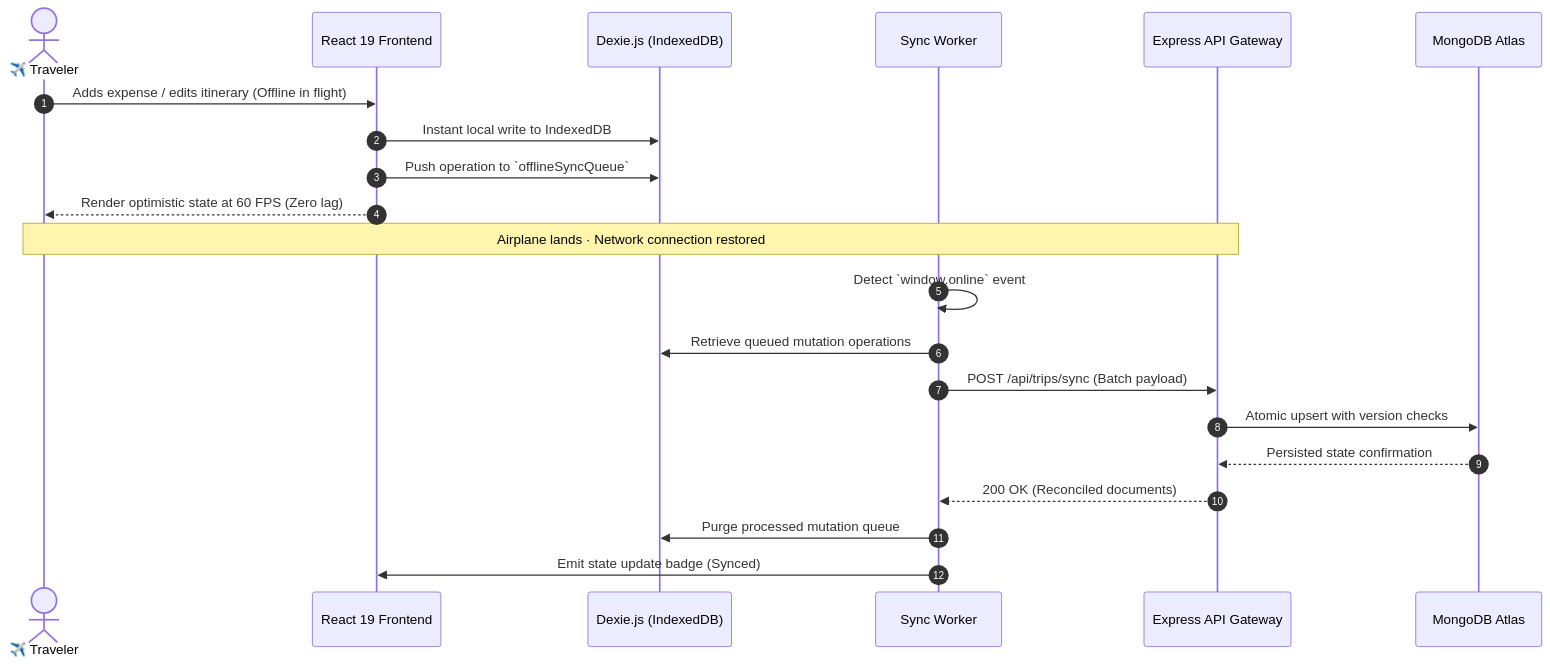
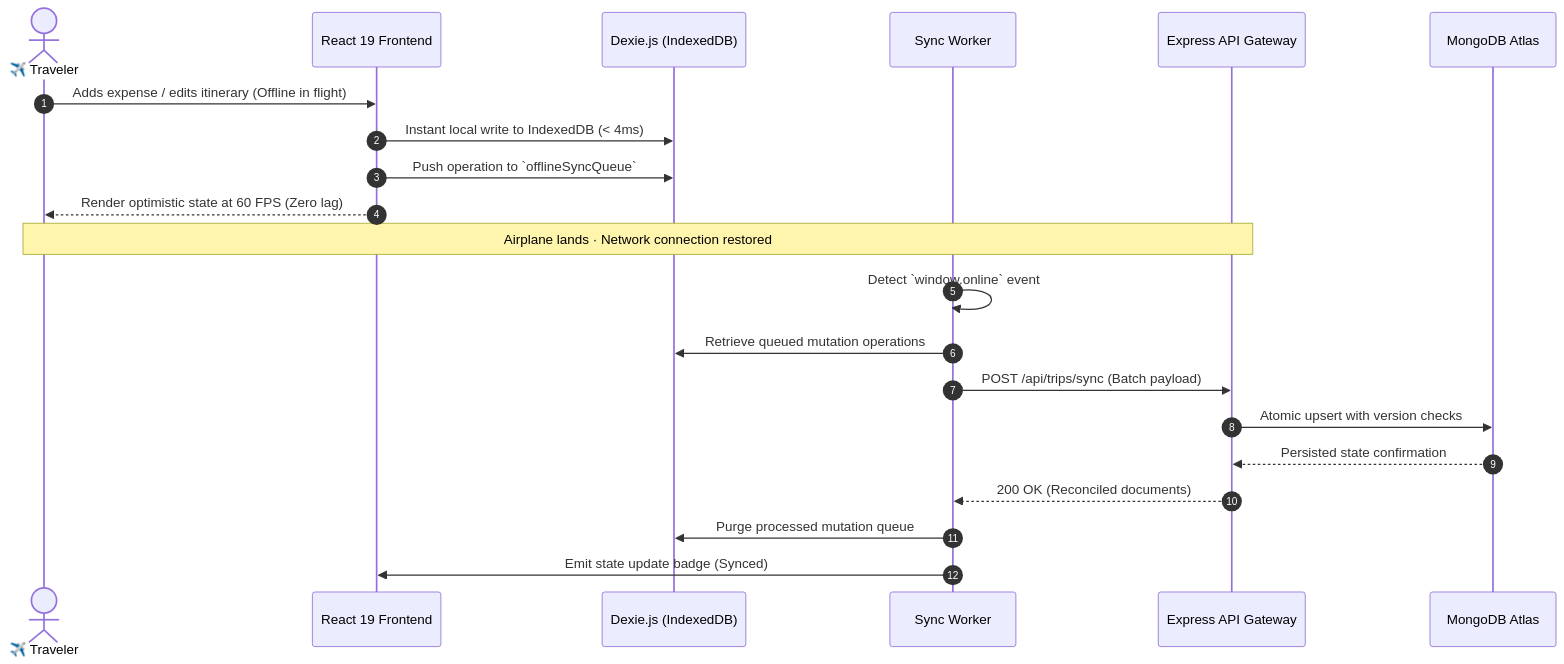
The second of 2 diagrams in README.md (Thranae/packwise), drawn with Mermaid before and after one commit. The commit also changed other lines of this file, not shown here.

Commit message:
docs: elevate packwise README with SLA performance benchmarks and refined architecture flow

````diff
--- a/README.md
+++ b/README.md
@@ -149,25 +157,25 @@
 ```mermaid
 sequenceDiagram
     autonumber
     actor Traveler as ✈️ Traveler
     participant UI as React 19 Frontend
     participant DB as Dexie.js (IndexedDB)
     participant Worker as Sync Worker
     participant API as Express API Gateway
     participant Cloud as MongoDB Atlas
 
     Traveler->>UI: Adds expense / edits itinerary (Offline in flight)
-    UI->>DB: Instant local write to IndexedDB
+    UI->>DB: Instant local write to IndexedDB (< 4ms)
     UI->>DB: Push operation to `offlineSyncQueue`
     UI-->>Traveler: Render optimistic state at 60 FPS (Zero lag)
     
     Note over Traveler,API: Airplane lands · Network connection restored
     Worker->>Worker: Detect `window.online` event
     Worker->>DB: Retrieve queued mutation operations
     Worker->>API: POST /api/trips/sync (Batch payload)
     API->>Cloud: Atomic upsert with version checks
     Cloud-->>API: Persisted state confirmation
     API-->>Worker: 200 OK (Reconciled documents)
     Worker->>DB: Purge processed mutation queue
     Worker->>UI: Emit state update badge (Synced)
 ```
````
